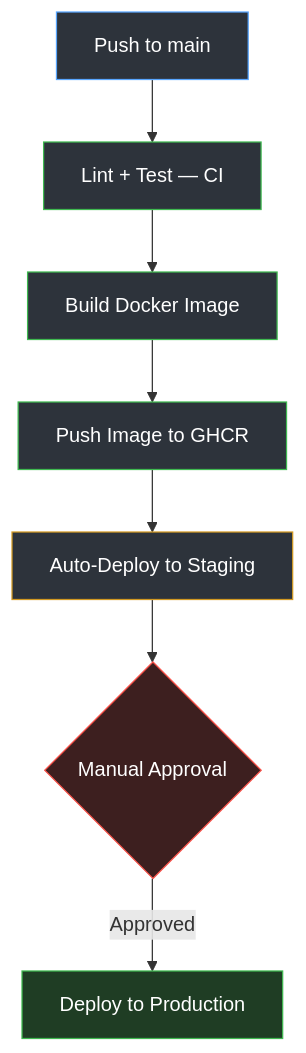
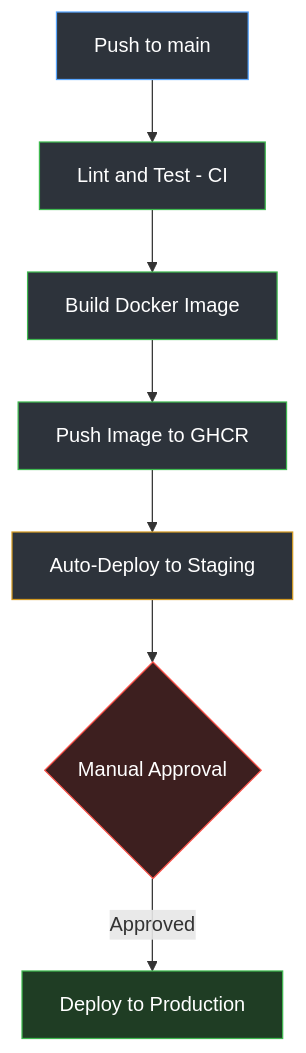
The diagram in README.md (AdarshVajpayee/cicd-practice), drawn with Mermaid before and after one commit. The commit also changed other lines of this file, not shown here.

````diff
--- a/README.md
+++ b/README.md
@@ -15,17 +9,17 @@
 ```mermaid
 flowchart TD
-    A[Push to main] --> B[Lint + Test — CI]
+    A[Push to main] --> B[Lint and Test - CI]
     B --> C[Build Docker Image]
     C --> D[Push Image to GHCR]
     D --> E[Auto-Deploy to Staging]
     E --> F{Manual Approval}
     F -->|Approved| G[Deploy to Production]
- 
+
     style A fill:#2d333b,stroke:#58a6ff,color:#fff
     style B fill:#2d333b,stroke:#3fb950,color:#fff
     style C fill:#2d333b,stroke:#3fb950,color:#fff
     style D fill:#2d333b,stroke:#3fb950,color:#fff
     style E fill:#2d333b,stroke:#d29922,color:#fff
     style F fill:#3d1f1f,stroke:#f85149,color:#fff
     style G fill:#1f3d24,stroke:#3fb950,color:#fff
 ```
````
